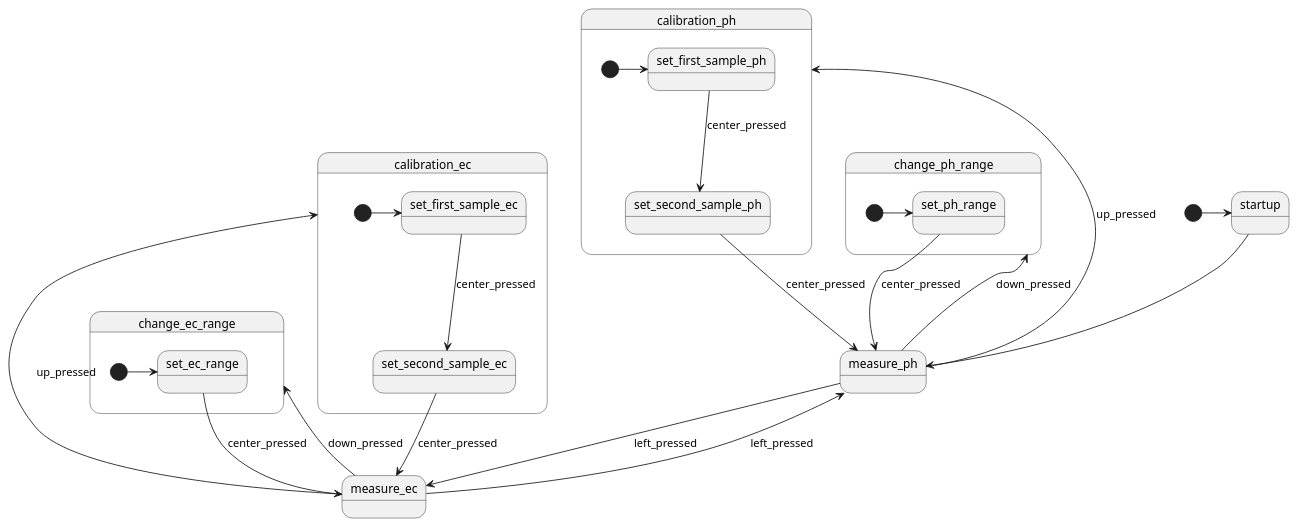
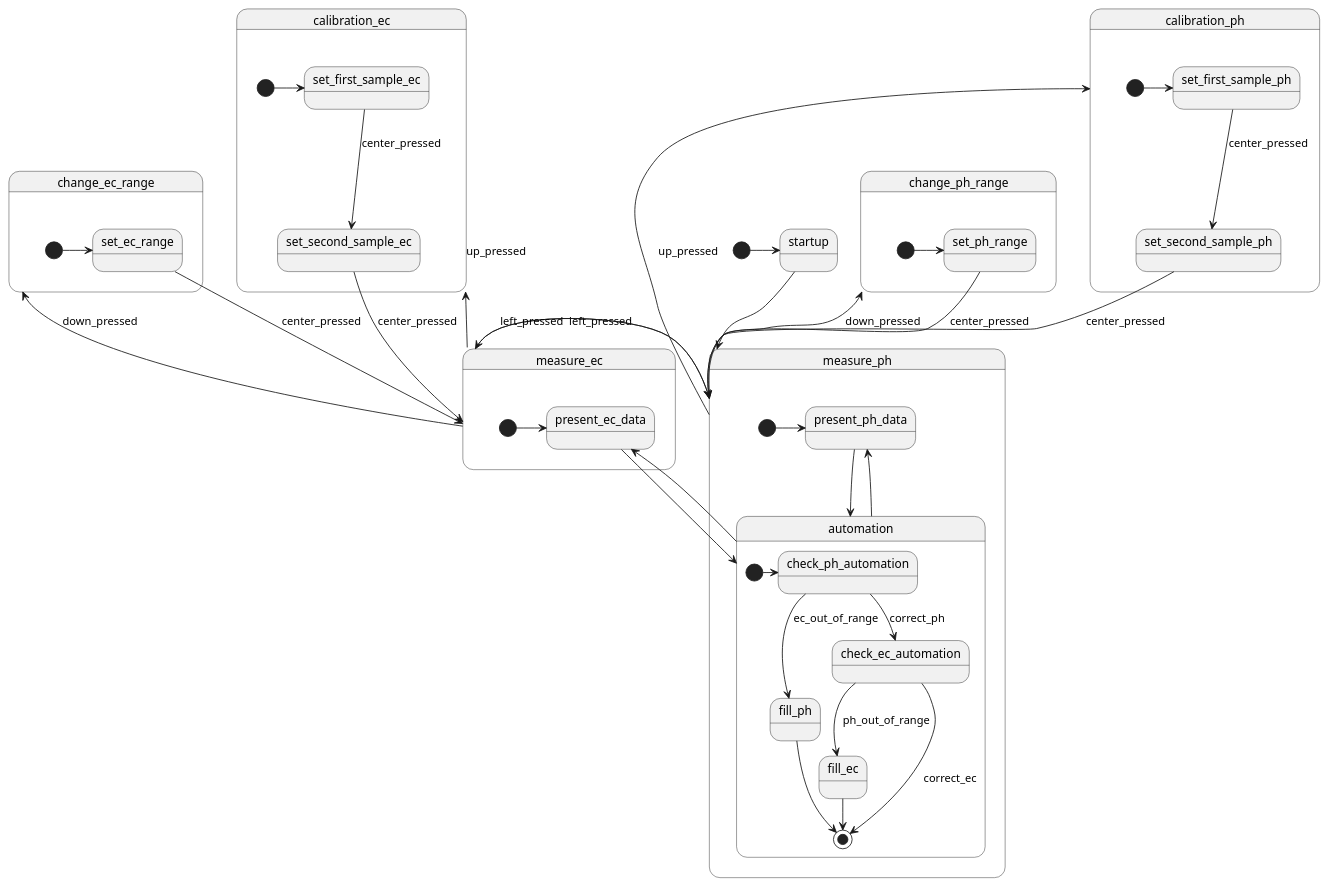
Before and after one commit to InzynierDomu/PhECMeter: the diagram in schems/state_chart/work_schem.plantuml, drawn with PlantUML. The commit also changed 6 other files, not shown here.

Commit message:
extended main state chart for new automation

```diff
--- a/schems/state_chart/work_schem.plantuml
+++ b/schems/state_chart/work_schem.plantuml
@@ -1,33 +1,55 @@
 @startuml
 [*]->startup
 startup --> measure_ph
 measure_ph --> measure_ec : left_pressed 
 measure_ph --> calibration_ph : up_pressed
 measure_ph --> change_ph_range :down_pressed
 measure_ec --> calibration_ec : up_pressed
 measure_ec --> change_ec_range :down_pressed
 measure_ec --> measure_ph : left_pressed
 
 state calibration_ph{
     [*] -> set_first_sample_ph
     set_first_sample_ph --> set_second_sample_ph : center_pressed
     set_second_sample_ph --> measure_ph : center_pressed
 }
 
 state calibration_ec{
     [*] -> set_first_sample_ec
     set_first_sample_ec --> set_second_sample_ec : center_pressed
     set_second_sample_ec --> measure_ec : center_pressed
 }
 
 state change_ph_range{
     [*] -> set_ph_range
     set_ph_range --> measure_ph : center_pressed  
 }
 
 state change_ec_range{
     [*] -> set_ec_range
     set_ec_range --> measure_ec : center_pressed  
 }
 
+state measure_ph{
+    [*] -> present_ph_data
+    present_ph_data --> automation
+    automation --> present_ph_data
+}
+
+state measure_ec{
+    [*] -> present_ec_data
+    present_ec_data --> automation
+    automation --> present_ec_data
+}
+
+state automation{
+    [*] -> check_ph_automation
+    check_ph_automation --> fill_ph : ec_out_of_range
+    check_ph_automation --> check_ec_automation : correct_ph
+    check_ec_automation --> fill_ec : ph_out_of_range
+    check_ec_automation --> [*] : correct_ec
+    fill_ph --> [*]
+    fill_ec --> [*]
+}
+
 @enduml
```
